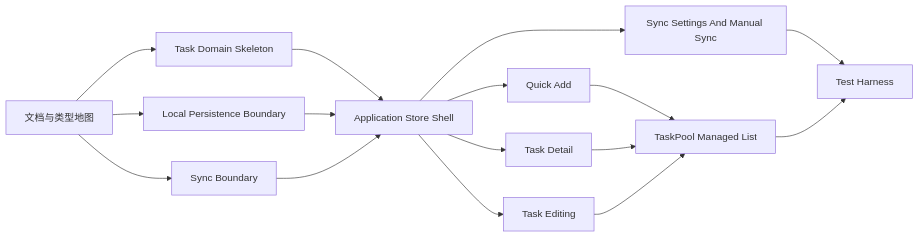
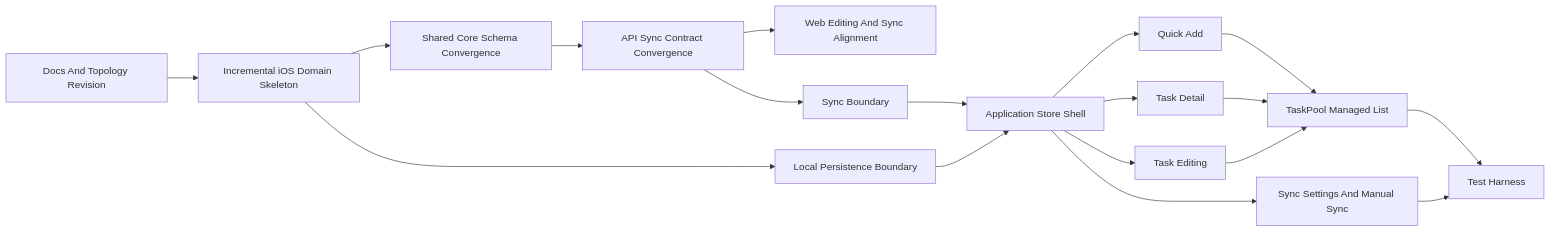
The diagram in docs/specs/norn-mobile-structure.md (AlizeCamlost/ReToDoScheduler), drawn with Mermaid before and after one commit. The commit also changed other lines of this file and 1 other file, not shown here.

Commit message:
docs(norn): revise mobile topology for incremental ios and schema convergence

````diff
--- a/docs/specs/norn-mobile-structure.md
+++ b/docs/specs/norn-mobile-structure.md
@@ -368,30 +395,35 @@
 ```mermaid
 flowchart LR
-  F0[文档与类型地图]
-  F1[Task Domain Skeleton]
-  F2[Local Persistence Boundary]
-  F3[Sync Boundary]
-  F4[Application Store Shell]
-  F5[Quick Add]
-  F6[Task Detail]
-  F7[Task Editing]
-  F8[Sync Settings And Manual Sync]
-  F9[TaskPool Managed List]
-  F10[Test Harness]
+  F0[Docs And Topology Revision]
+  F1[Incremental iOS Domain Skeleton]
+  F2[Shared Core Schema Convergence]
+  F3[API Sync Contract Convergence]
+  F4[Web Editing And Sync Alignment]
+  F5[Local Persistence Boundary]
+  F6[Sync Boundary]
+  F7[Application Store Shell]
+  F8[Quick Add]
+  F9[Task Detail]
+  F10[Task Editing]
+  F11[Sync Settings And Manual Sync]
+  F12[TaskPool Managed List]
+  F13[Test Harness]
 
   F0 --> F1
-  F0 --> F2
-  F0 --> F3
-  F1 --> F4
-  F2 --> F4
+  F1 --> F2
+  F2 --> F3
   F3 --> F4
-  F4 --> F5
-  F4 --> F6
-  F4 --> F7
-  F4 --> F8
-  F5 --> F9
-  F6 --> F9
+  F1 --> F5
+  F3 --> F6
+  F5 --> F7
+  F6 --> F7
+  F7 --> F8
   F7 --> F9
-  F8 --> F10
-  F9 --> F10
+  F7 --> F10
+  F7 --> F11
+  F8 --> F12
+  F9 --> F12
+  F10 --> F12
+  F11 --> F13
+  F12 --> F13
 ```
````
